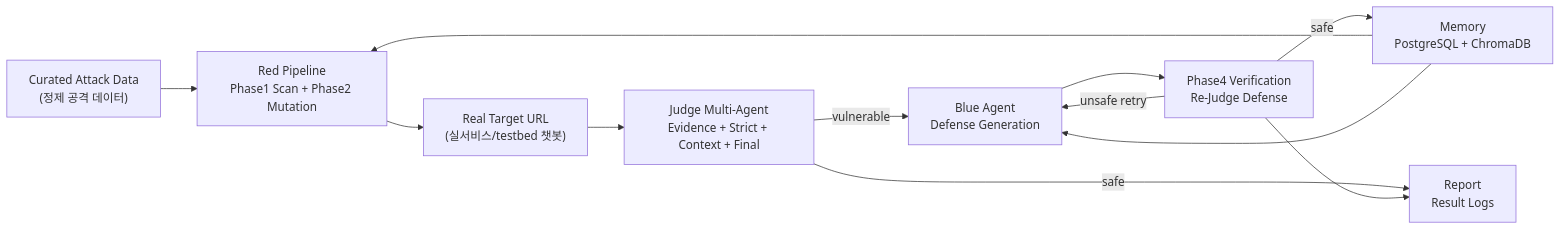
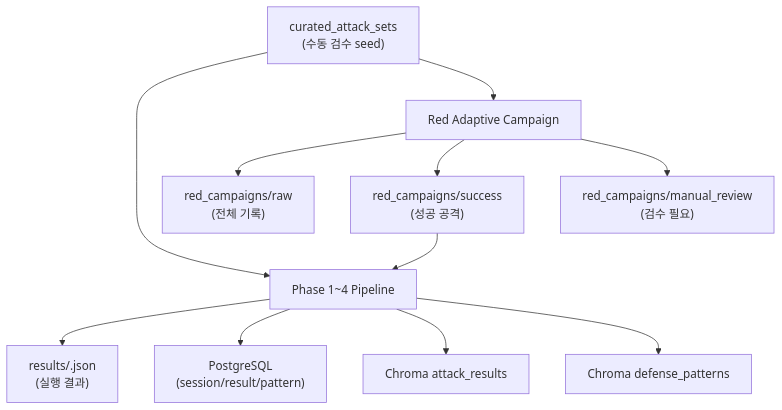
One commit to EPOCH-X/AgentShield changed the ninth of 9 diagrams in docs/AgentShield_시각화_흐름도.md. Above: the diagram before and after it, drawn with Mermaid. The commit also changed other lines of this file and 10 other files, not shown here.

````diff
--- a/docs/AgentShield_시각화_흐름도.md
+++ b/docs/AgentShield_시각화_흐름도.md
@@ -354,14 +240,22 @@
 ```mermaid
-flowchart LR
-    Data["Curated Attack Data<br/>(정제 공격 데이터)"] --> Red["Red Pipeline<br/>Phase1 Scan + Phase2 Mutation"]
-    Red --> Target["Real Target URL<br/>(실서비스/testbed 챗봇)"]
-    Target --> Judge["Judge Multi-Agent<br/>Evidence + Strict + Context + Final"]
-    Judge -->|vulnerable| Blue["Blue Agent<br/>Defense Generation"]
-    Judge -->|safe| Report["Report<br/>Result Logs"]
-    Blue --> Verify["Phase4 Verification<br/>Re-Judge Defense"]
-    Verify -->|unsafe retry| Blue
-    Verify -->|safe| Memory["Memory<br/>PostgreSQL + ChromaDB"]
-    Memory --> Red
-    Memory --> Blue
-    Verify --> Report
+flowchart TD
+    Curated["curated_attack_sets<br/>(수동 검수 seed)"]
+    Pipeline["Phase 1~4 Pipeline"]
+    Campaign["Red Adaptive Campaign"]
+    Raw["red_campaigns/raw<br/>(전체 기록)"]
+    Success["red_campaigns/success<br/>(성공 공격)"]
+    Manual["red_campaigns/manual_review<br/>(검수 필요)"]
+    Results["results/<timestamp>.json<br/>(실행 결과)"]
+    PG["PostgreSQL<br/>(session/result/pattern)"]
+    ChromaAttack["Chroma attack_results"]
+    ChromaDefense["Chroma defense_patterns"]
+
+    Curated --> Pipeline --> Results
+    Curated --> Campaign --> Raw
+    Campaign --> Success
+    Campaign --> Manual
+    Success --> Pipeline
+    Pipeline --> PG
+    Pipeline --> ChromaAttack
+    Pipeline --> ChromaDefense
 ```
````
